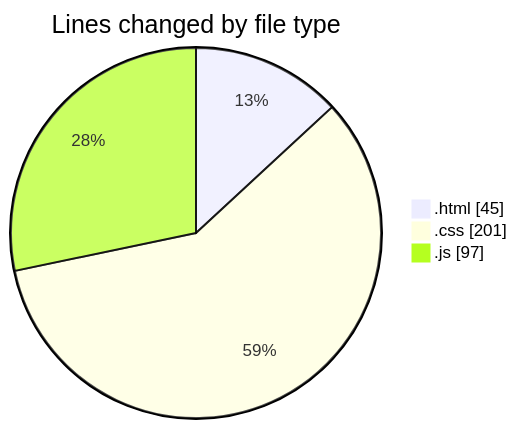
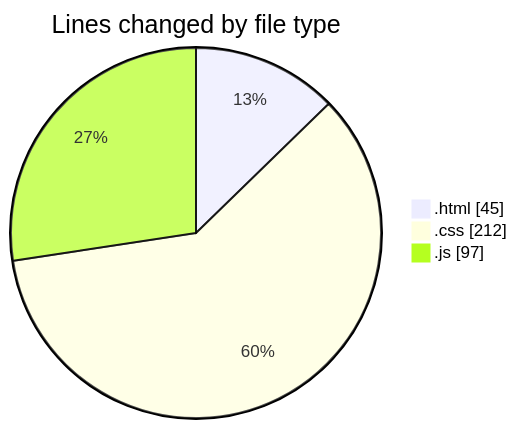
One commit to Ritupan-Deka/code-tracking changed the first of 2 diagrams in 2025-08-24/javascript/README.md. Above: the diagram before and after it, drawn with Mermaid. The commit also changed other lines of this file and 1 other file, not shown here.

````diff
--- a/2025-08-24/javascript/README.md
+++ b/2025-08-24/javascript/README.md
@@ -22,7 +22,7 @@
 ```mermaid
 pie showData
 title Lines changed by file type
 ".html" : 45
-".css" : 201
+".css" : 212
 ".js" : 97
 ```
````
